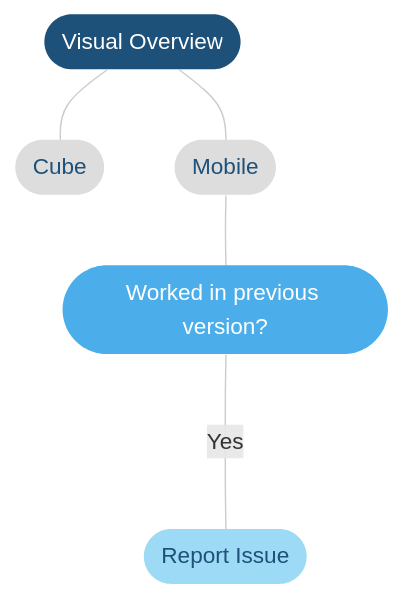
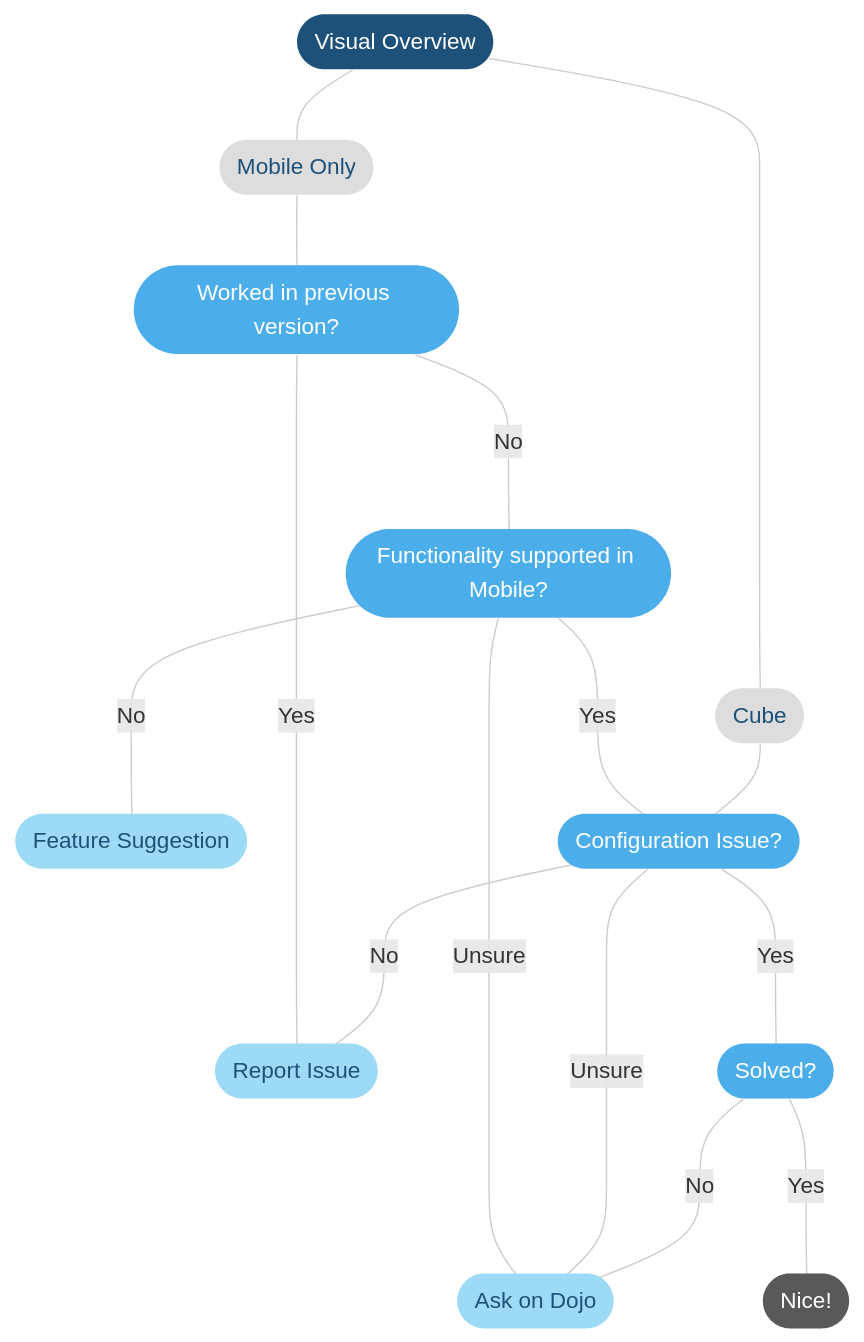
The diagram in user-guide/Troubleshooting/Troubleshooting_Flowcharts/Troubleshooting_Identify_Per_Module/Visual_Overview/Troubleshooting_Visual_Overview.md (SkylineCommunications/dataminer-docs), drawn with Mermaid before and after one commit. The commit also changed other lines of this file and 1 other file, not shown here.

Commit message:
Added reference to the VO component
+ added unsupported items list there.

````diff
--- a/user-guide/Troubleshooting/Troubleshooting_Flowcharts/Troubleshooting_Identify_Per_Module/Visual_Overview/Troubleshooting_Visual_Overview.md
+++ b/user-guide/Troubleshooting/Troubleshooting_Flowcharts/Troubleshooting_Identify_Per_Module/Visual_Overview/Troubleshooting_Visual_Overview.md
@@ -12,29 +9,48 @@
 ```mermaid
 flowchart TD
     %% Define styles %%
     linkStyle default stroke:#cccccc
     classDef classTerminal fill:#1e5179,stroke:#1e5179,color:#ffffff,stroke-width:0px;
     classDef classDecision fill:#4baeea,stroke:#4baeea,color:#ffffff,stroke-width:0px;
     classDef classExternalRef fill:#9ddaf5,stroke:#9ddaf5,color:#1E5179,stroke-width:0px;
     classDef classActionClickable fill:#999999,stroke:#999999,color:#ffffff,stroke-width:0px;
     classDef classAction fill:#dddddd,stroke:#dddddd,color:#1E5179,stroke-width:0px;
     classDef classSolution fill:#58595b,stroke:#58595b,color:#ffffff,stroke-width:0px;
     %% Define blocks %%
     START([Visual Overview])
     Cube([Cube])
-    Mobile([Mobile])
+    Mobile([Mobile Only])
     Regression([Worked in previous version?])
+    Supported([Functionality supported in Mobile?])
     ReportIssue([Report Issue])
+    FeatureSuggestion([Feature Suggestion])
+    ConfigIssue([Configuration Issue?])
+    Dojo([Ask on Dojo])
+    Solved([Solved?])
+    Nice([Nice!])
     %% Connect blocks %%
     START --- Cube
     START --- Mobile
     Mobile --- Regression
     Regression ---- |Yes| ReportIssue
+    Regression ---- |No| Supported
+    Supported ---- |No| FeatureSuggestion
+    Supported ---- |Yes| ConfigIssue
+    Supported ---- |Unsure| Dojo
+    ConfigIssue ---- |Yes| Solved
+    ConfigIssue ---- |No| ReportIssue
+    ConfigIssue ---- |Unsure| Dojo
+    Solved ---- |No| Dojo
+    Solved ---- |Yes| Nice
+    Cube --- ConfigIssue
     %% Define hyperlinks %%
     click ReportIssue "https://community.dataminer.services/dataminer-devops-support/"
+    click FeatureSuggestion "https://community.dataminer.services/feature-suggestions"
+    click Dojo "https://community.dataminer.services/questions"
     %% Apply styles to blocks %%
     class START classTerminal;
-    class ReportIssue classExternalRef;
-    class Regression classDecision;
+    class ReportIssue,FeatureSuggestion,Dojo classExternalRef;
+    class Regression,Supported,ConfigIssue,Solved classDecision;
     class Cube,Mobile classAction;
+    class Nice classSolution;
 ```
````
